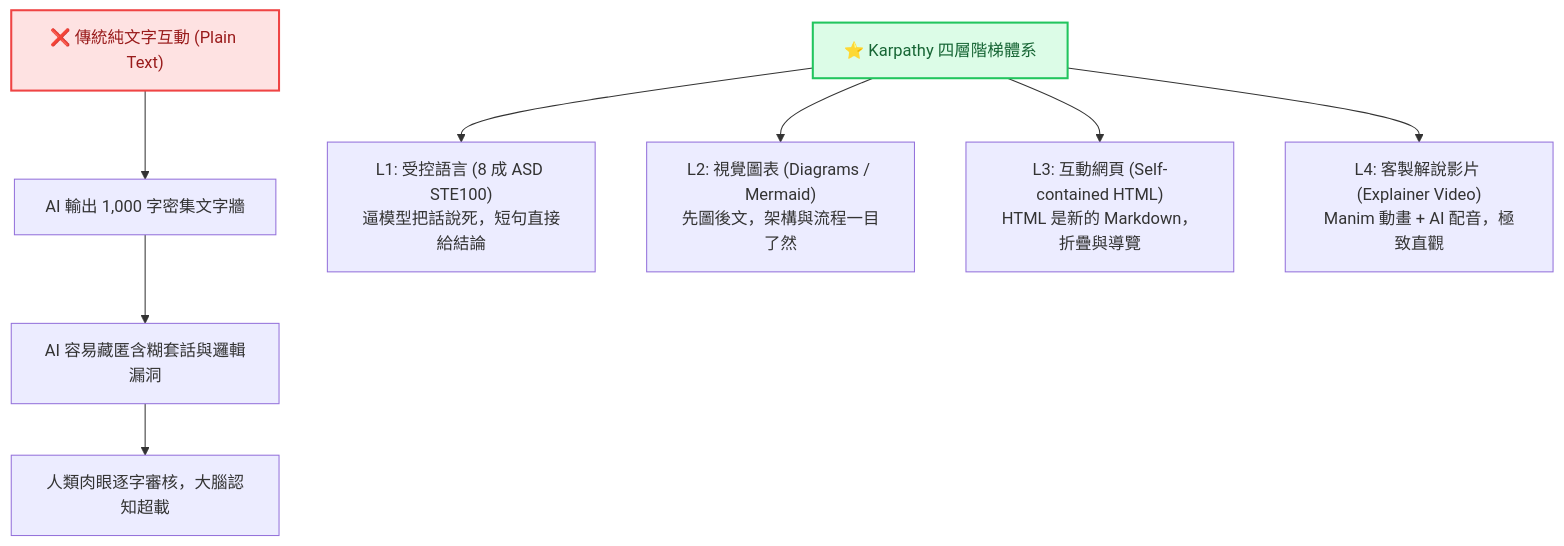
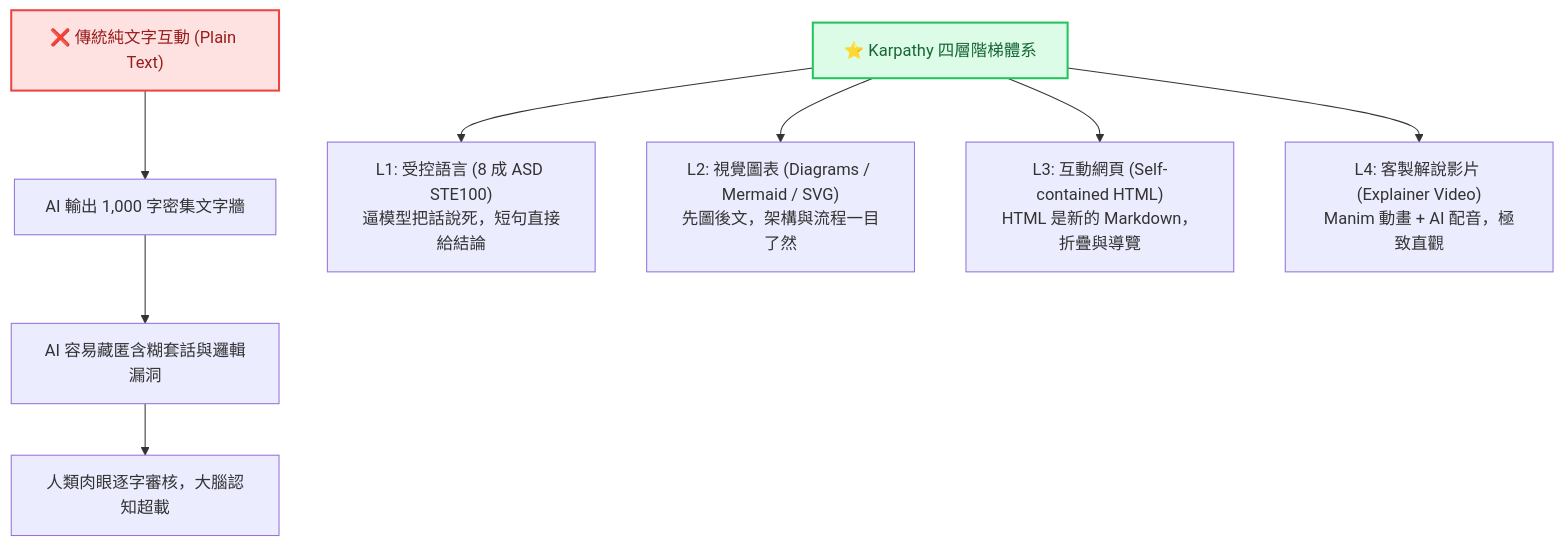
Before and after one commit to roberthsu2003/vibe_coding: the first of 2 diagrams in AIFirst實作課程/LLM四層輸出階梯/README.md, drawn with Mermaid. The commit also changed other lines of this file and 1 other file, not shown here.

````diff
--- a/AIFirst實作課程/LLM四層輸出階梯/README.md
+++ b/AIFirst實作課程/LLM四層輸出階梯/README.md
@@ -21,14 +16,14 @@
 ```mermaid
 graph TD
     A["❌ 傳統純文字互動 (Plain Text)"] --> B["AI 輸出 1,000 字密集文字牆"]
     B --> C["AI 容易藏匿含糊套話與邏輯漏洞"]
     C --> D["人類肉眼逐字審核，大腦認知超載"]
 
     E["⭐ Karpathy 四層階梯體系"] --> F["L1: 受控語言 (8 成 ASD STE100)<br/>逼模型把話說死，短句直接給結論"]
-    E --> G["L2: 視覺圖表 (Diagrams / Mermaid)<br/>先圖後文，架構與流程一目了然"]
+    E --> G["L2: 視覺圖表 (Diagrams / Mermaid / SVG)<br/>先圖後文，架構與流程一目了然"]
     E --> H["L3: 互動網頁 (Self-contained HTML)<br/>HTML 是新的 Markdown，折疊與導覽"]
     E --> I["L4: 客製解說影片 (Explainer Video)<br/>Manim 動畫 + AI 配音，極致直觀"]
 
     style A fill:#fee2e2,stroke:#ef4444,stroke-width:2px,color:#991b1b
     style E fill:#dcfce7,stroke:#22c55e,stroke-width:2px,color:#166534
 ```
````
